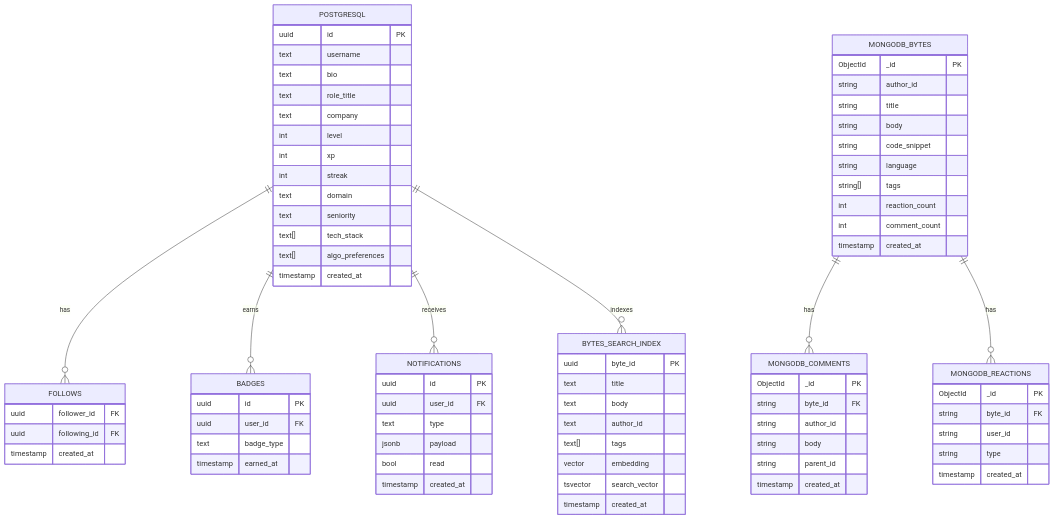
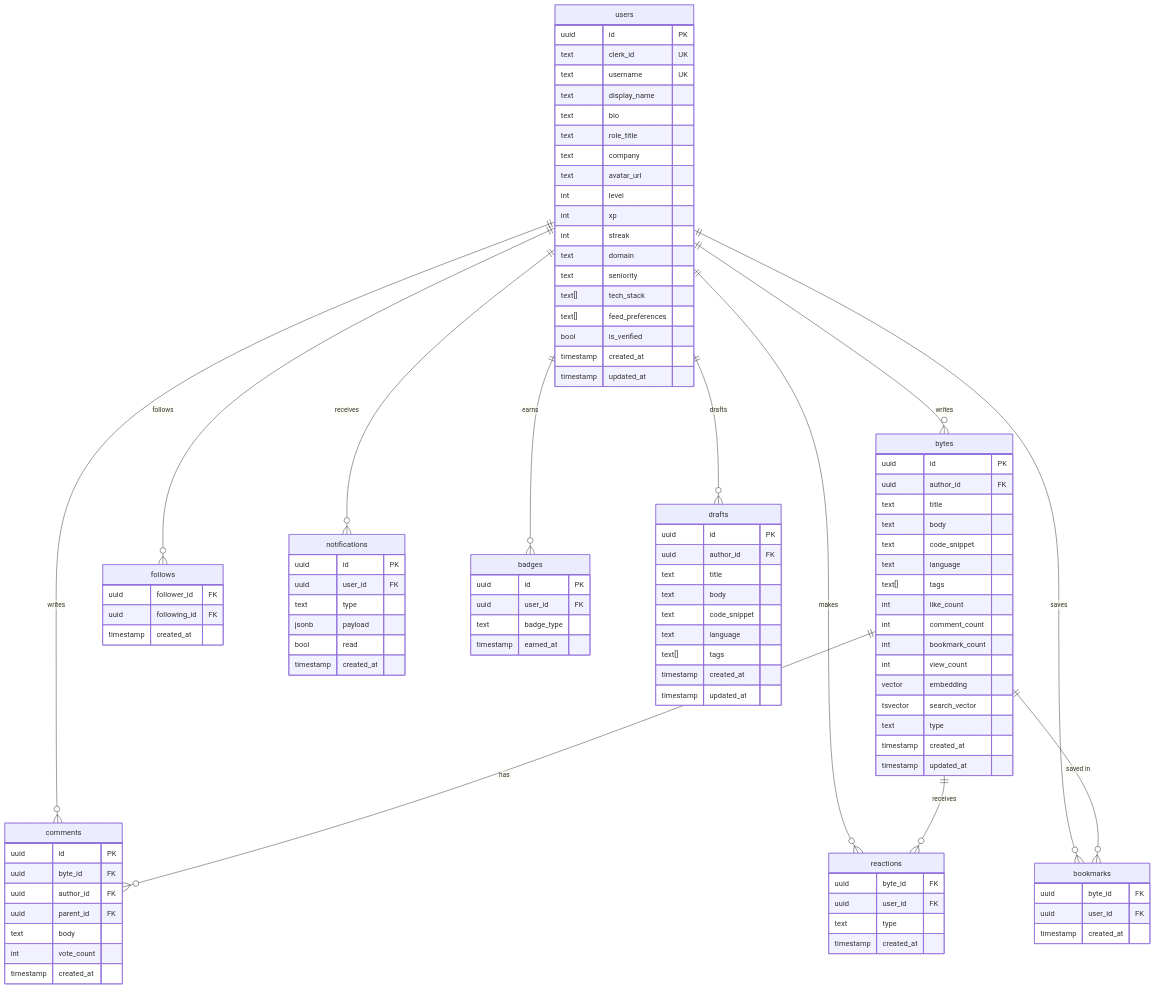
Before and after one commit to sravan4262/ByteAI: the third of 4 diagrams in docs/architecture/byteai-backend-architecture.md, drawn with Mermaid. The commit also changed other lines of this file and 215 other files, not shown here.

````diff
--- a/docs/architecture/byteai-backend-architecture.md
+++ b/docs/architecture/byteai-backend-architecture.md
@@ -356,35 +290,75 @@
 ```mermaid
 erDiagram
-    POSTGRESQL {
+    users {
         uuid id PK
-        text username
+        text clerk_id UK
+        text username UK
+        text display_name
         text bio
         text role_title
         text company
+        text avatar_url
         int level
         int xp
         int streak
         text domain
         text seniority
         text[] tech_stack
-        text[] algo_preferences
+        text[] feed_preferences
+        bool is_verified
+        timestamp created_at
+        timestamp updated_at
+    }
+
+    bytes {
+        uuid id PK
+        uuid author_id FK
+        text title
+        text body
+        text code_snippet
+        text language
+        text[] tags
+        int like_count
+        int comment_count
+        int bookmark_count
+        int view_count
+        vector embedding
+        tsvector search_vector
+        text type
+        timestamp created_at
+        timestamp updated_at
+    }
+
+    comments {
+        uuid id PK
+        uuid byte_id FK
+        uuid author_id FK
+        uuid parent_id FK
+        text body
+        int vote_count
         timestamp created_at
     }
 
-    FOLLOWS {
+    reactions {
+        uuid byte_id FK
+        uuid user_id FK
+        text type
+        timestamp created_at
+    }
+
+    bookmarks {
+        uuid byte_id FK
+        uuid user_id FK
+        timestamp created_at
+    }
+
+    follows {
         uuid follower_id FK
         uuid following_id FK
         timestamp created_at
     }
 
-    BADGES {
-        uuid id PK
-        uuid user_id FK
-        text badge_type
-        timestamp earned_at
-    }
-
-    NOTIFICATIONS {
+    notifications {
         uuid id PK
         uuid user_id FK
         text type
@@ -393,51 +367,34 @@
         timestamp created_at
     }
 
-    BYTES_SEARCH_INDEX {
-        uuid byte_id PK
+    badges {
+        uuid id PK
+        uuid user_id FK
+        text badge_type
+        timestamp earned_at
+    }
+
+    drafts {
+        uuid id PK
+        uuid author_id FK
         text title
         text body
-        text author_id
+        text code_snippet
+        text language
         text[] tags
-        vector embedding
-        tsvector search_vector
         timestamp created_at
+        timestamp updated_at
     }
 
-    MONGODB_BYTES {
-        ObjectId _id PK
-        string author_id
-        string title
-        string body
-        string code_snippet
-        string language
-        string[] tags
-        int reaction_count
-        int comment_count
-        timestamp created_at
-    }
-
-    MONGODB_COMMENTS {
-        ObjectId _id PK
-        string byte_id FK
-        string author_id
-        string body
-        string parent_id
-        timestamp created_at
-    }
-
-    MONGODB_REACTIONS {
-        ObjectId _id PK
-        string byte_id FK
-        string user_id
-        string type
-        timestamp created_at
-    }
-
-    POSTGRESQL ||--o{ FOLLOWS : "has"
-    POSTGRESQL ||--o{ BADGES : "earns"
-    POSTGRESQL ||--o{ NOTIFICATIONS : "receives"
-    POSTGRESQL ||--o{ BYTES_SEARCH_INDEX : "indexes"
-    MONGODB_BYTES ||--o{ MONGODB_COMMENTS : "has"
-    MONGODB_BYTES ||--o{ MONGODB_REACTIONS : "has"
+    users ||--o{ bytes : "writes"
+    users ||--o{ comments : "writes"
+    users ||--o{ reactions : "makes"
+    users ||--o{ bookmarks : "saves"
+    users ||--o{ follows : "follows"
+    users ||--o{ notifications : "receives"
+    users ||--o{ badges : "earns"
+    users ||--o{ drafts : "drafts"
+    bytes ||--o{ comments : "has"
+    bytes ||--o{ reactions : "receives"
+    bytes ||--o{ bookmarks : "saved in"
 ```
````
